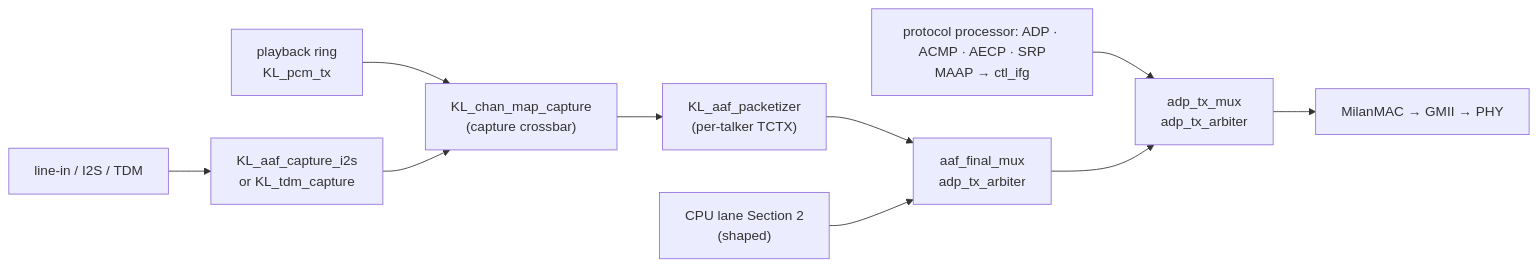
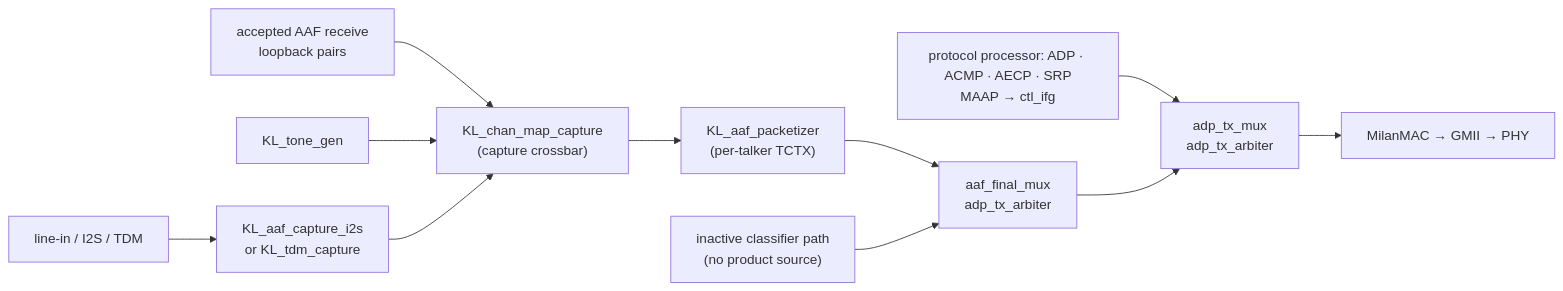
One commit to kebag-logic/milan-fpga changed the first of 3 diagrams in docs/fpga/DATAPLANE_WALKTHROUGH.md. Above: the diagram before and after it, drawn with Mermaid. The commit also changed other lines of this file and 377 other files, not shown here.

````diff
--- a/docs/fpga/DATAPLANE_WALKTHROUGH.md
+++ b/docs/fpga/DATAPLANE_WALKTHROUGH.md
@@ -70,12 +69,13 @@
 ```mermaid
 flowchart LR
     ADC["line-in / I2S / TDM"] --> CAP["KL_aaf_capture_i2s<br/>or KL_tdm_capture"]
-    RING["playback ring<br/>KL_pcm_tx"] --> XBAR
+    LOOP["accepted AAF receive<br/>loopback pairs"] --> XBAR
+    TONE["KL_tone_gen"] --> XBAR
     CAP --> XBAR["KL_chan_map_capture<br/>(capture crossbar)"]
     XBAR --> PKT["KL_aaf_packetizer<br/>(per-talker TCTX)"]
     PKT --> AMUX["aaf_final_mux<br/>adp_tx_arbiter"]
-    CPU["CPU lane Section 2<br/>(shaped)"] --> AMUX
+    IDLE["inactive classifier path<br/>(no product source)"] --> AMUX
     CTRL["protocol processor: ADP · ACMP · AECP · SRP<br/>MAAP → ctl_ifg"] --> TMUX
     AMUX --> TMUX["adp_tx_mux<br/>adp_tx_arbiter"]
     TMUX --> MAC["MilanMAC → GMII → PHY"]
 ```
````
